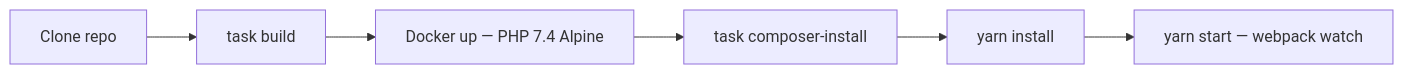
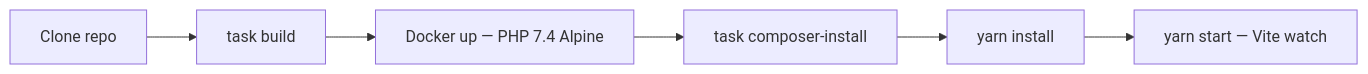
One commit to axeptio/wordpress-plugin changed the first of 2 diagrams in docs/deployment/environments.md. Above: the diagram before and after it, drawn with Mermaid. The commit also changed other lines of this file, not shown here.

````diff
--- a/docs/deployment/environments.md
+++ b/docs/deployment/environments.md
@@ -22,8 +22,8 @@
 ```mermaid
 graph LR
     A[Clone repo] --> B[task build]
     B --> C[Docker up — PHP 7.4 Alpine]
     C --> D[task composer-install]
     D --> E[yarn install]
-    E --> F[yarn start — webpack watch]
+    E --> F[yarn start — Vite watch]
 ```
````
